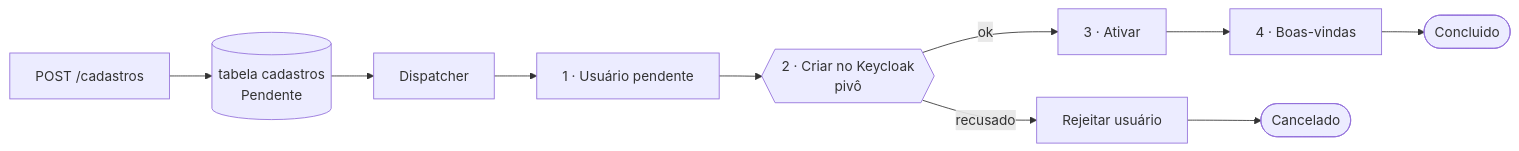
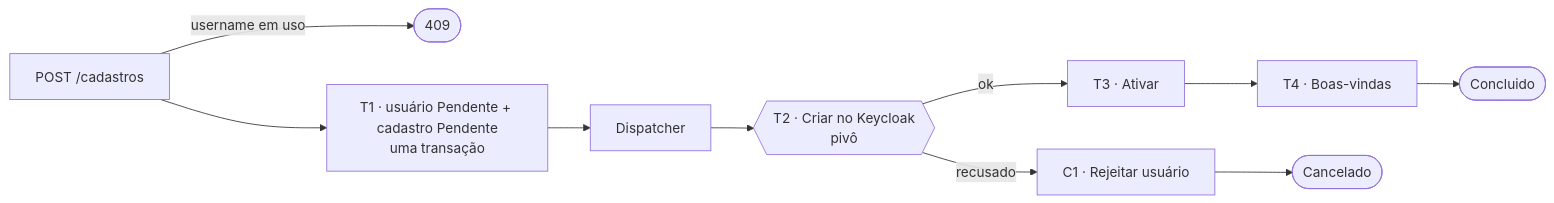
One commit to fgarioli/temporal-saga changed the diagram in README.md. Above: the diagram before and after it, drawn with Mermaid. The commit also changed other lines of this file and 21 other files, not shown here.

First line of the commit message:
refactor: cria o usuário de forma síncrona no POST e deixa no worker só o Keycloak em diante

````diff
--- a/README.md
+++ b/README.md
@@ -19,7 +21,7 @@
 ```mermaid
 flowchart LR
-    API[POST /cadastros] --> TAB[(tabela cadastros<br/>Pendente)] --> D[Dispatcher] --> T1[1 · Usuário pendente]
-    T1 --> T2{{2 · Criar no Keycloak<br/>pivô}}
-    T2 -->|ok| T3[3 · Ativar] --> T4[4 · Boas-vindas] --> OK([Concluido])
-    T2 -->|recusado| C1[Rejeitar usuário] --> KO([Cancelado])
+    API[POST /cadastros] -->|username em uso| E409([409])
+    API --> T1[T1 · usuário Pendente + cadastro Pendente<br/>uma transação] --> D[Dispatcher] --> T2{{T2 · Criar no Keycloak<br/>pivô}}
+    T2 -->|ok| T3[T3 · Ativar] --> T4[T4 · Boas-vindas] --> OK([Concluido])
+    T2 -->|recusado| C1[C1 · Rejeitar usuário] --> KO([Cancelado])
 ```
````
